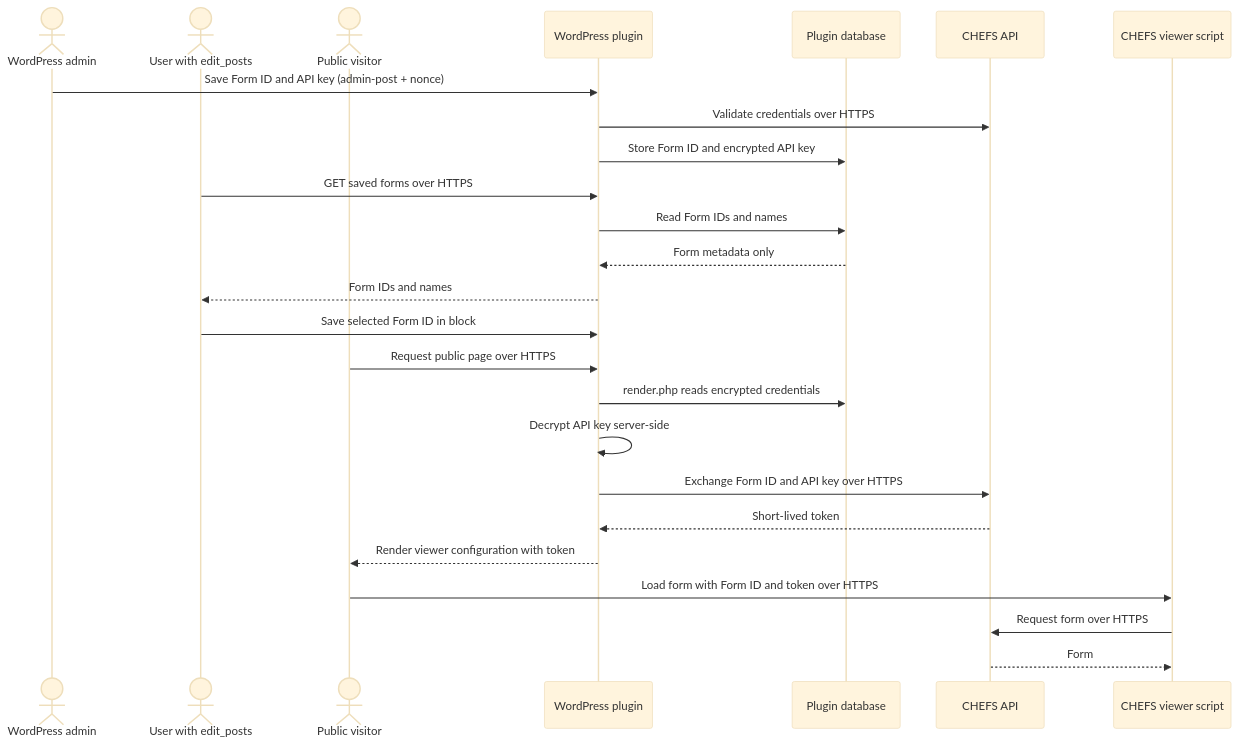
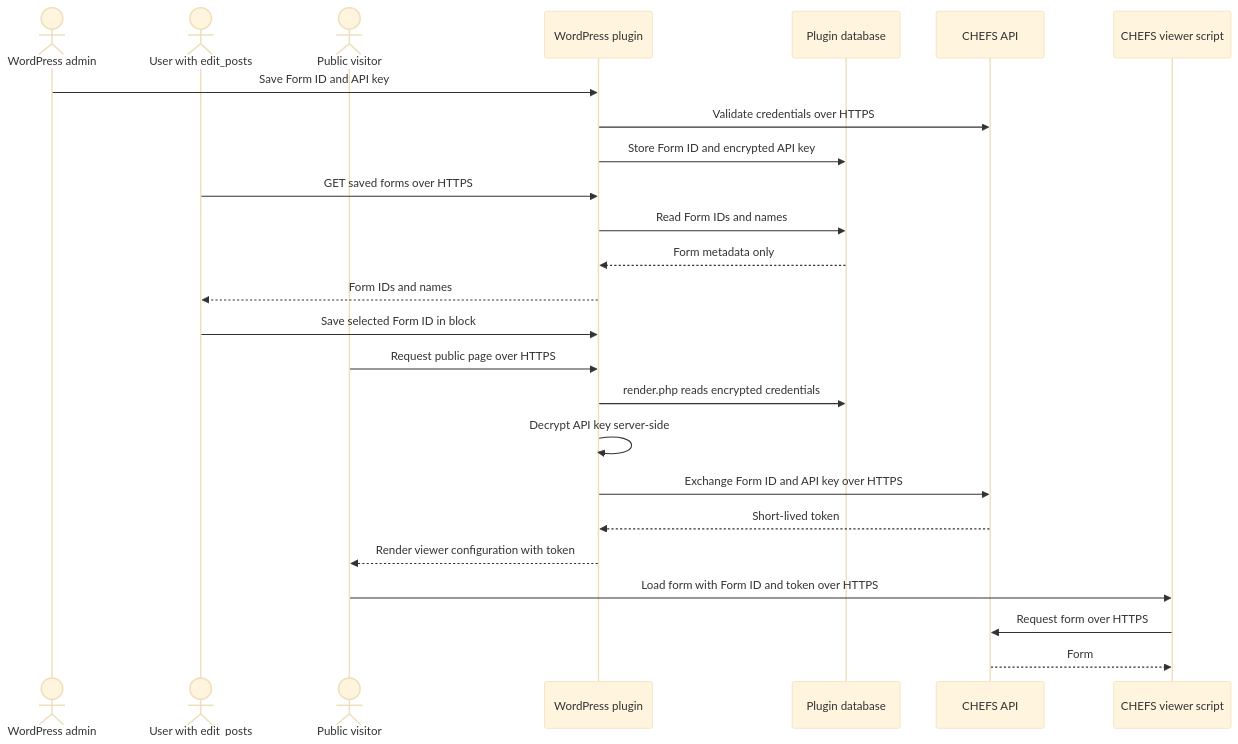
Before and after one commit to bcgov/bcew-monorepo: the diagram in plugins/bcew-chefs-embed/docs/developer/block-architecture.md, drawn with Mermaid (base theme). The commit also changed other lines of this file and 26 other files, not shown here.

````diff
--- a/plugins/bcew-chefs-embed/docs/developer/block-architecture.md
+++ b/plugins/bcew-chefs-embed/docs/developer/block-architecture.md
@@ -24,30 +24,30 @@
 ```mermaid
 sequenceDiagram
     actor Admin as WordPress admin
     actor Editor as User with edit_posts
     actor Visitor as Public visitor
     participant WP as WordPress plugin
     participant DB as Plugin database
     participant CHEFS as CHEFS API
     participant Viewer as CHEFS viewer script
 
-    Admin->>WP: Save Form ID and API key (admin-post + nonce)
+    Admin->>WP: Save Form ID and API key
     WP->>CHEFS: Validate credentials over HTTPS
     WP->>DB: Store Form ID and encrypted API key
 
     Editor->>WP: GET saved forms over HTTPS
     WP->>DB: Read Form IDs and names
     DB-->>WP: Form metadata only
     WP-->>Editor: Form IDs and names
     Editor->>WP: Save selected Form ID in block
 
     Visitor->>WP: Request public page over HTTPS
     WP->>DB: render.php reads encrypted credentials
     WP->>WP: Decrypt API key server-side
     WP->>CHEFS: Exchange Form ID and API key over HTTPS
     CHEFS-->>WP: Short-lived token
     WP-->>Visitor: Render viewer configuration with token
     Visitor->>Viewer: Load form with Form ID and token over HTTPS
     Viewer->>CHEFS: Request form over HTTPS
     CHEFS-->>Viewer: Form
 ```
````
